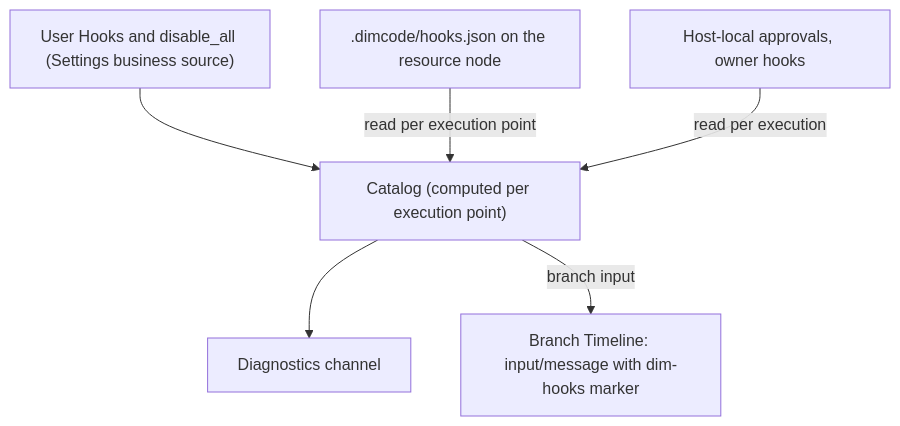
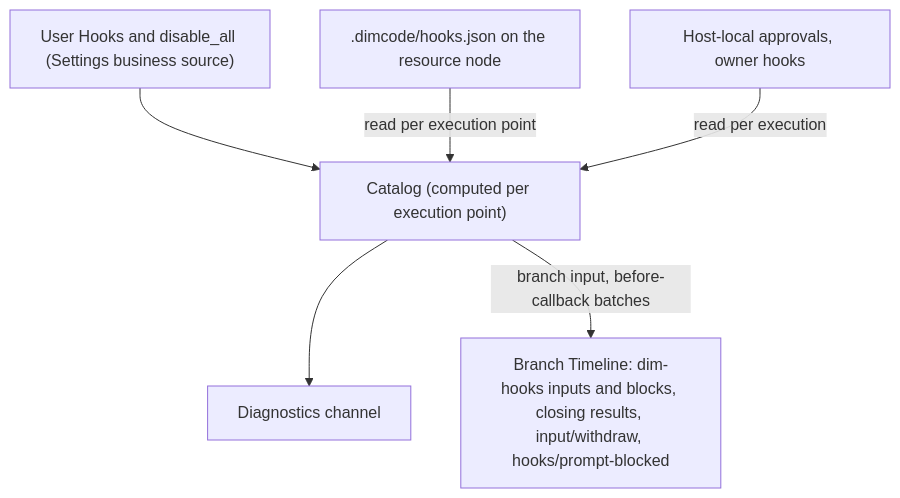
Before and after one commit to CoutinhoTTS/dim-agent: the second of 7 diagrams in docs/design/plugins/Hooks.md, drawn with Mermaid. The commit also changed other lines of this file and 18 other files, not shown here.

First line of the commit message:
docs(design): hooks via asynchronous before callbacks and withdraw/delete input events

````diff
--- a/docs/design/plugins/Hooks.md
+++ b/docs/design/plugins/Hooks.md
@@ -54,14 +53,14 @@
 ```mermaid
 flowchart TB
   UserCfg["User Hooks and disable_all (Settings business source)"]
   ProjFile[".dimcode/hooks.json on the resource node"]
   Grants["Host-local approvals, owner hooks"]
   Catalog["Catalog (computed per execution point)"]
   Diag["Diagnostics channel"]
-  TL["Branch Timeline: input/message with dim-hooks marker"]
+  TL["Branch Timeline: dim-hooks inputs and blocks, closing results, input/withdraw, hooks/prompt-blocked"]
   UserCfg --> Catalog
   ProjFile -->|"read per execution point"| Catalog
   Grants -->|"read per execution"| Catalog
   Catalog --> Diag
-  Catalog -->|"branch input"| TL
+  Catalog -->|"branch input, before-callback batches"| TL
 ```
````
